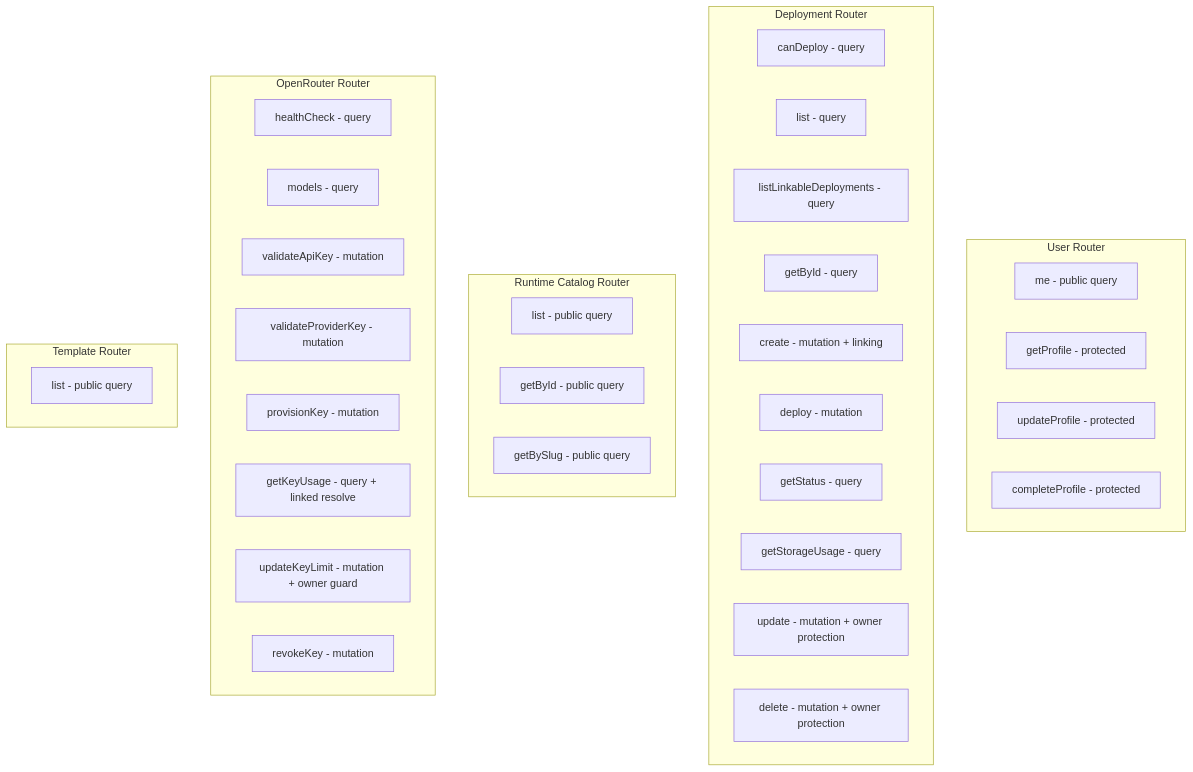
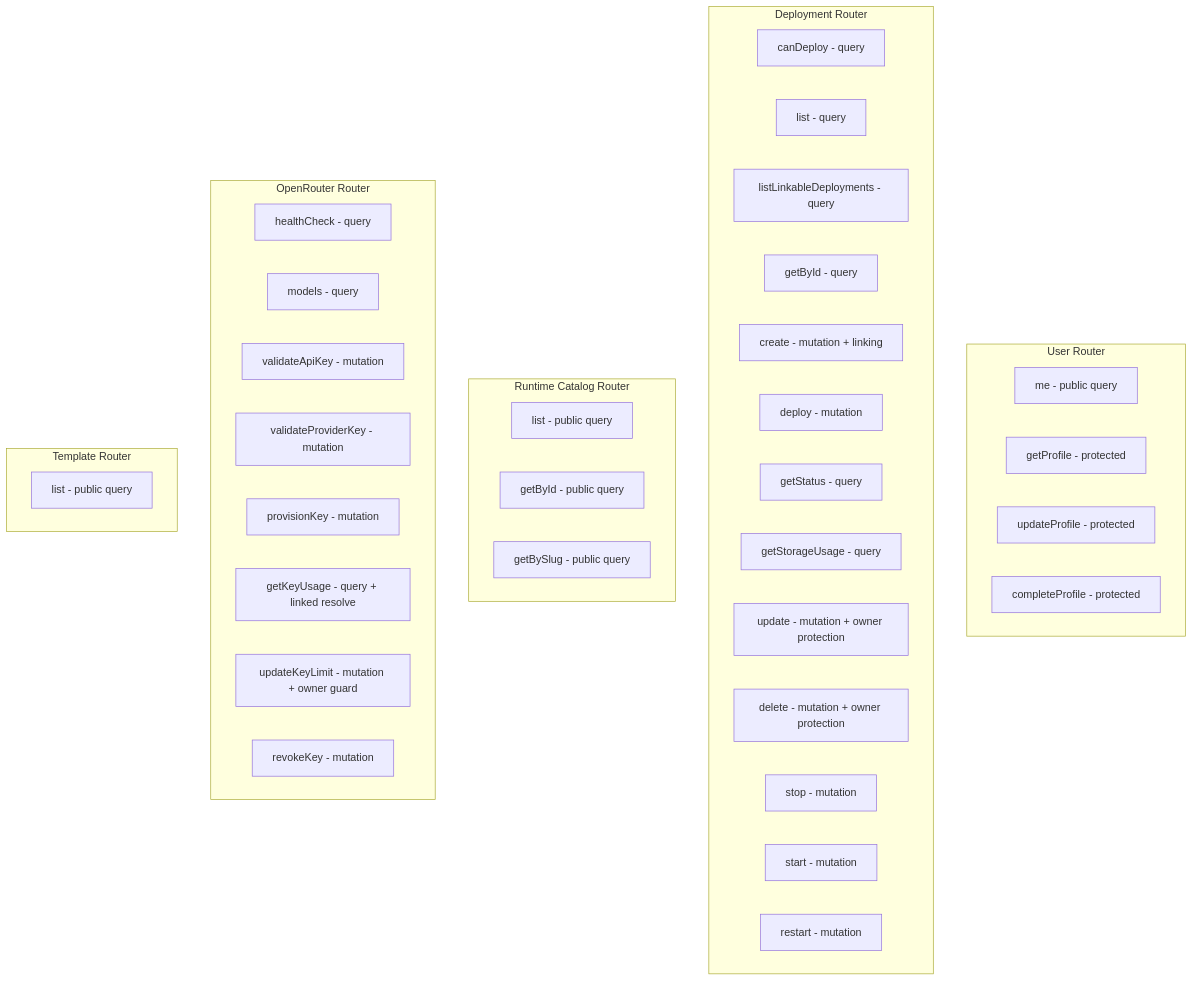
The fourth of 15 diagrams in OVERVIEW.md (Bretthb/jarble), drawn with Mermaid before and after one commit. The commit also changed other lines of this file, not shown here.

First line of the commit message:
Update OVERVIEW.md with stop/start/restart docs and progress tracking

````diff
--- a/OVERVIEW.md
+++ b/OVERVIEW.md
@@ -165,43 +165,46 @@
 ```mermaid
 graph TB
     subgraph "User Router"
         U1[me - public query]
         U2[getProfile - protected]
         U3[updateProfile - protected]
         U4[completeProfile - protected]
     end
 
     subgraph "Deployment Router"
         D1[canDeploy - query]
         D2[list - query]
         D2b[listLinkableDeployments - query]
         D3[getById - query]
         D4[create - mutation + linking]
         D5[deploy - mutation]
         D6[getStatus - query]
         D6b[getStorageUsage - query]
         D7[update - mutation + owner protection]
         D8[delete - mutation + owner protection]
+        D9[stop - mutation]
+        D10[start - mutation]
+        D11[restart - mutation]
     end
 
     subgraph "Runtime Catalog Router"
         RC1[list - public query]
         RC2[getById - public query]
         RC3[getBySlug - public query]
     end
 
     subgraph "OpenRouter Router"
         OR1[healthCheck - query]
         OR2[models - query]
         OR3[validateApiKey - mutation]
         OR4[validateProviderKey - mutation]
         OR5[provisionKey - mutation]
         OR6[getKeyUsage - query + linked resolve]
         OR7[updateKeyLimit - mutation + owner guard]
         OR8[revokeKey - mutation]
     end
 
     subgraph "Template Router"
         T1[list - public query]
     end
 ```
````
